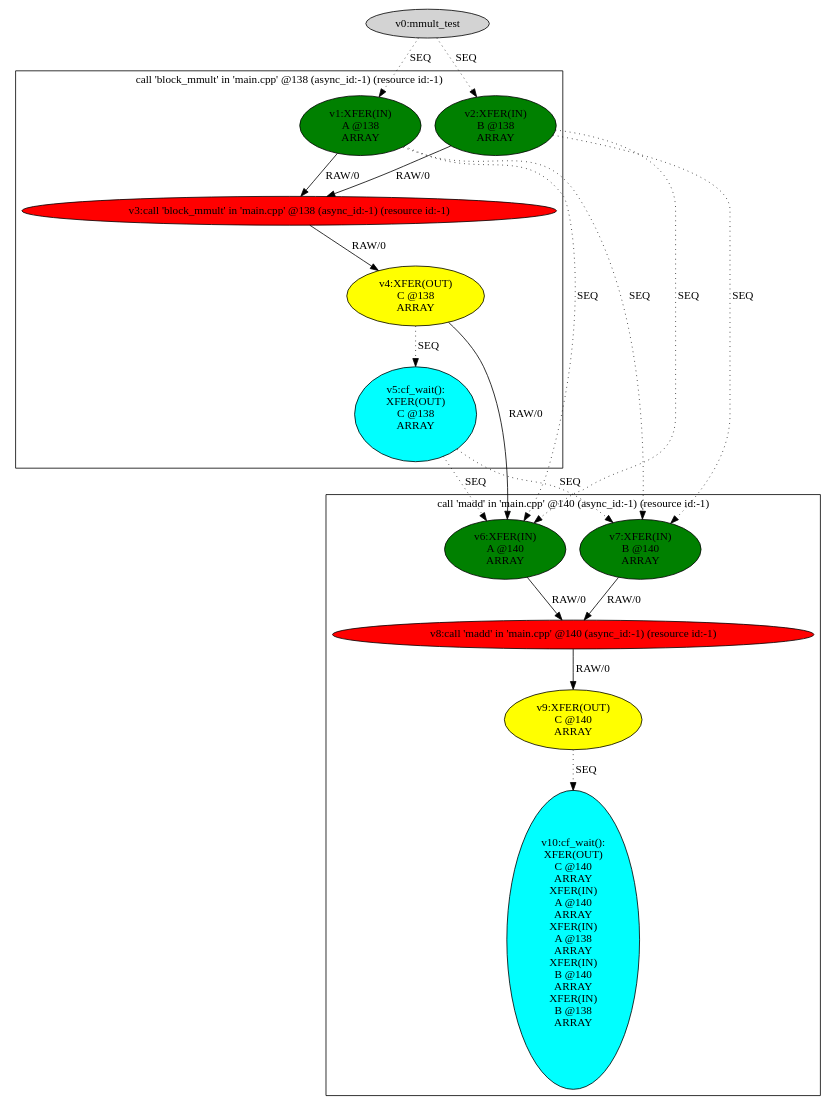
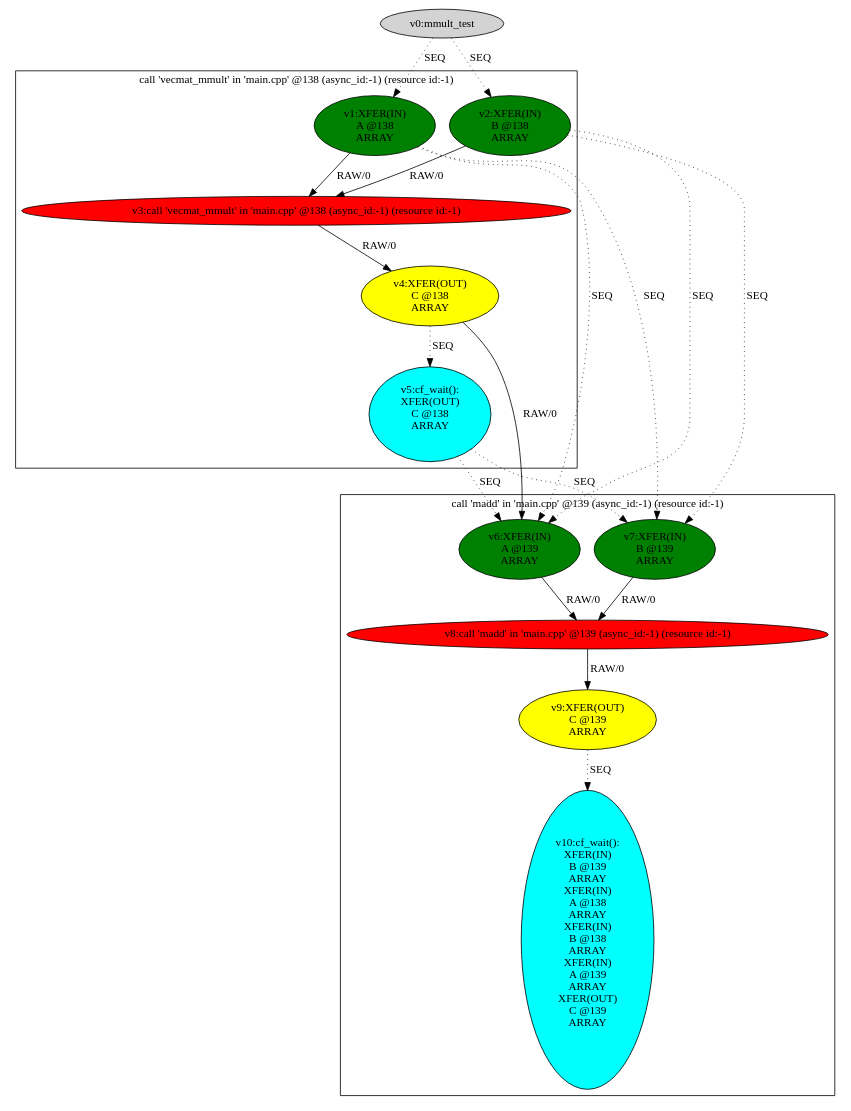
The diagram in lab_2/Release/_sds/.llvm/p_0_dtg.dot (goceee/advanced_fpga_and_dsp), drawn with Graphviz before and after one commit. The commit also changed 377 other files, not shown here.

```diff
--- a/lab_2/Release/_sds/.llvm/p_0_dtg.dot
+++ b/lab_2/Release/_sds/.llvm/p_0_dtg.dot
@@ -1,46 +1,46 @@
 digraph dm_graph {
 v0 [label = "v0:mmult_test" ,style=filled];
 v1 [label = "v1:XFER(IN)\nA @138\nARRAY\n" ,style=filled,fillcolor = green];
 v2 [label = "v2:XFER(IN)\nB @138\nARRAY\n" ,style=filled,fillcolor = green];
-v3 [label = "v3:call 'block_mmult' in 'main.cpp' @138 (async_id:-1) (resource id:-1)\n" ,style=filled,fillcolor = red];
+v3 [label = "v3:call 'vecmat_mmult' in 'main.cpp' @138 (async_id:-1) (resource id:-1)\n" ,style=filled,fillcolor = red];
 v4 [label = "v4:XFER(OUT)\nC @138\nARRAY\n" ,style=filled,fillcolor = yellow];
 v5 [label = "v5:cf_wait(): \nXFER(OUT)\nC @138\nARRAY\n\n" ,style=filled,fillcolor = cyan];
-v6 [label = "v6:XFER(IN)\nA @140\nARRAY\n" ,style=filled,fillcolor = green];
-v7 [label = "v7:XFER(IN)\nB @140\nARRAY\n" ,style=filled,fillcolor = green];
-v8 [label = "v8:call 'madd' in 'main.cpp' @140 (async_id:-1) (resource id:-1)\n" ,style=filled,fillcolor = red];
-v9 [label = "v9:XFER(OUT)\nC @140\nARRAY\n" ,style=filled,fillcolor = yellow];
-v10 [label = "v10:cf_wait(): \nXFER(OUT)\nC @140\nARRAY\nXFER(IN)\nA @140\nARRAY\nXFER(IN)\nA @138\nARRAY\nXFER(IN)\nB @140\nARRAY\nXFER(IN)\nB @138\nARRAY\n\n" ,style=filled,fillcolor = cyan];
+v6 [label = "v6:XFER(IN)\nA @139\nARRAY\n" ,style=filled,fillcolor = green];
+v7 [label = "v7:XFER(IN)\nB @139\nARRAY\n" ,style=filled,fillcolor = green];
+v8 [label = "v8:call 'madd' in 'main.cpp' @139 (async_id:-1) (resource id:-1)\n" ,style=filled,fillcolor = red];
+v9 [label = "v9:XFER(OUT)\nC @139\nARRAY\n" ,style=filled,fillcolor = yellow];
+v10 [label = "v10:cf_wait(): \nXFER(IN)\nB @139\nARRAY\nXFER(IN)\nA @138\nARRAY\nXFER(IN)\nB @138\nARRAY\nXFER(IN)\nA @139\nARRAY\nXFER(OUT)\nC @139\nARRAY\n\n" ,style=filled,fillcolor = cyan];
 subgraph cluster0 {
+v6;
+v7;
+v8;
+v9;
+v10;
+label = "call 'madd' in 'main.cpp' @139 (async_id:-1) (resource id:-1)\n";
+}
+subgraph cluster1 {
 v1;
 v2;
 v3;
 v4;
 v5;
-label = "call 'block_mmult' in 'main.cpp' @138 (async_id:-1) (resource id:-1)\n";
-}
-subgraph cluster1 {
-v6;
-v7;
-v8;
-v9;
-v10;
-label = "call 'madd' in 'main.cpp' @140 (async_id:-1) (resource id:-1)\n";
+label = "call 'vecmat_mmult' in 'main.cpp' @138 (async_id:-1) (resource id:-1)\n";
 }
 v1 -> v3 [label = "RAW/0"];
 v2 -> v3 [label = "RAW/0"];
 v3 -> v4 [label = "RAW/0"];
 v4 -> v6 [label = "RAW/0"];
 v4 -> v5 [label = "SEQ", style = dotted];
 v6 -> v8 [label = "RAW/0"];
 v7 -> v8 [label = "RAW/0"];
 v8 -> v9 [label = "RAW/0"];
 v9 -> v10 [label = "SEQ", style = dotted];
 v1 -> v6 [label = "SEQ", style = dotted];
 v2 -> v6 [label = "SEQ", style = dotted];
 v1 -> v7 [label = "SEQ", style = dotted];
 v2 -> v7 [label = "SEQ", style = dotted];
 v5 -> v6 [label = "SEQ", style = dotted];
 v5 -> v7 [label = "SEQ", style = dotted];
 v0 -> v1 [label = "SEQ", style = dotted];
 v0 -> v2 [label = "SEQ", style = dotted];
 }
```
